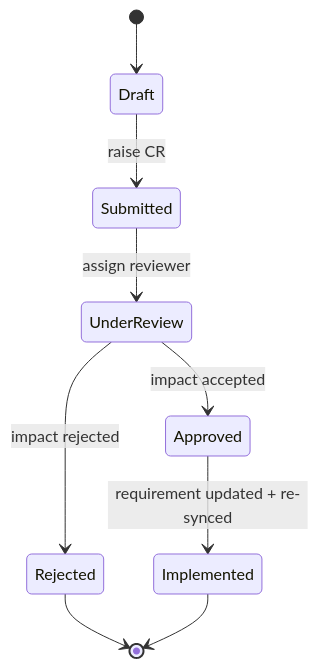
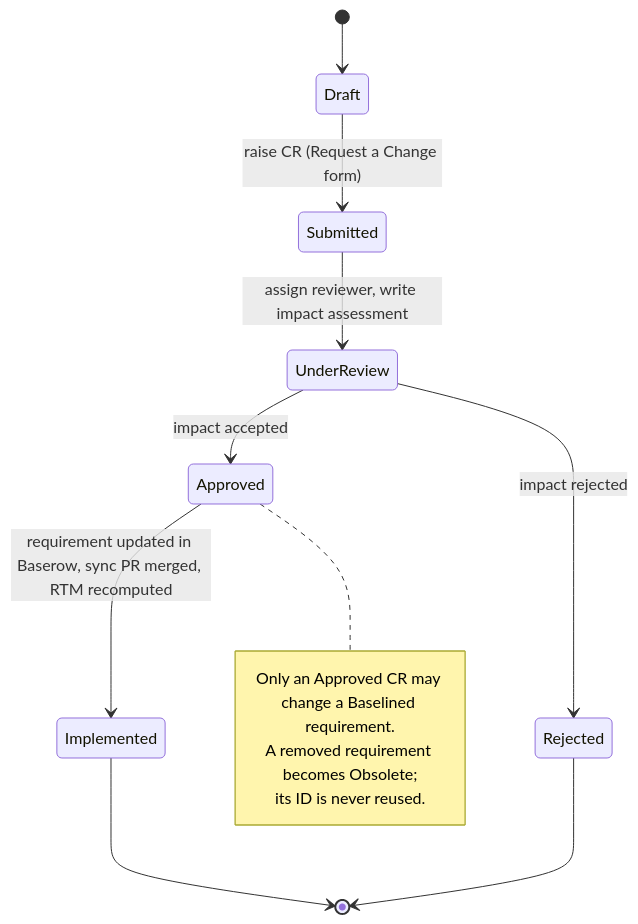
The sixth of 6 diagrams in SUBMISSION.md (aline-001/requirements-pipeline), drawn with Mermaid before and after one commit. The commit also changed other lines of this file, not shown here.

Commit message:
Update submission: StrictDoc, RTM site, new sync

````diff
--- a/SUBMISSION.md
+++ b/SUBMISSION.md
@@ -318,12 +765,16 @@
 ```mermaid
 stateDiagram-v2
     [*] --> Draft
-    Draft --> Submitted: raise CR
-    Submitted --> UnderReview: assign reviewer
+    Draft --> Submitted: raise CR (Request a Change form)
+    Submitted --> UnderReview: assign reviewer, write impact assessment
     UnderReview --> Approved: impact accepted
     UnderReview --> Rejected: impact rejected
-    Approved --> Implemented: requirement updated + re-synced
+    Approved --> Implemented: requirement updated in Baserow, sync PR merged, RTM recomputed
     Rejected --> [*]
     Implemented --> [*]
-
+    note right of Approved
+        Only an Approved CR may change a Baselined requirement.
+        A removed requirement becomes Obsolete;
+        its ID is never reused.
+    end note
 ```
````
